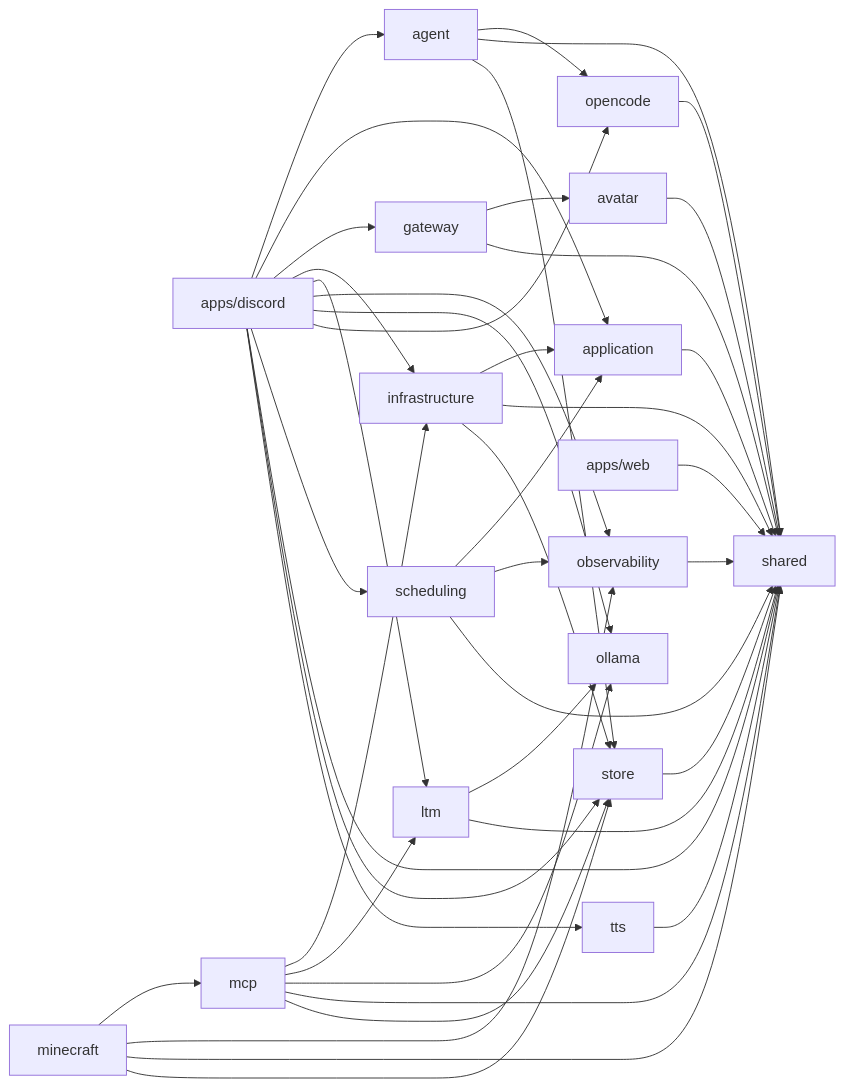
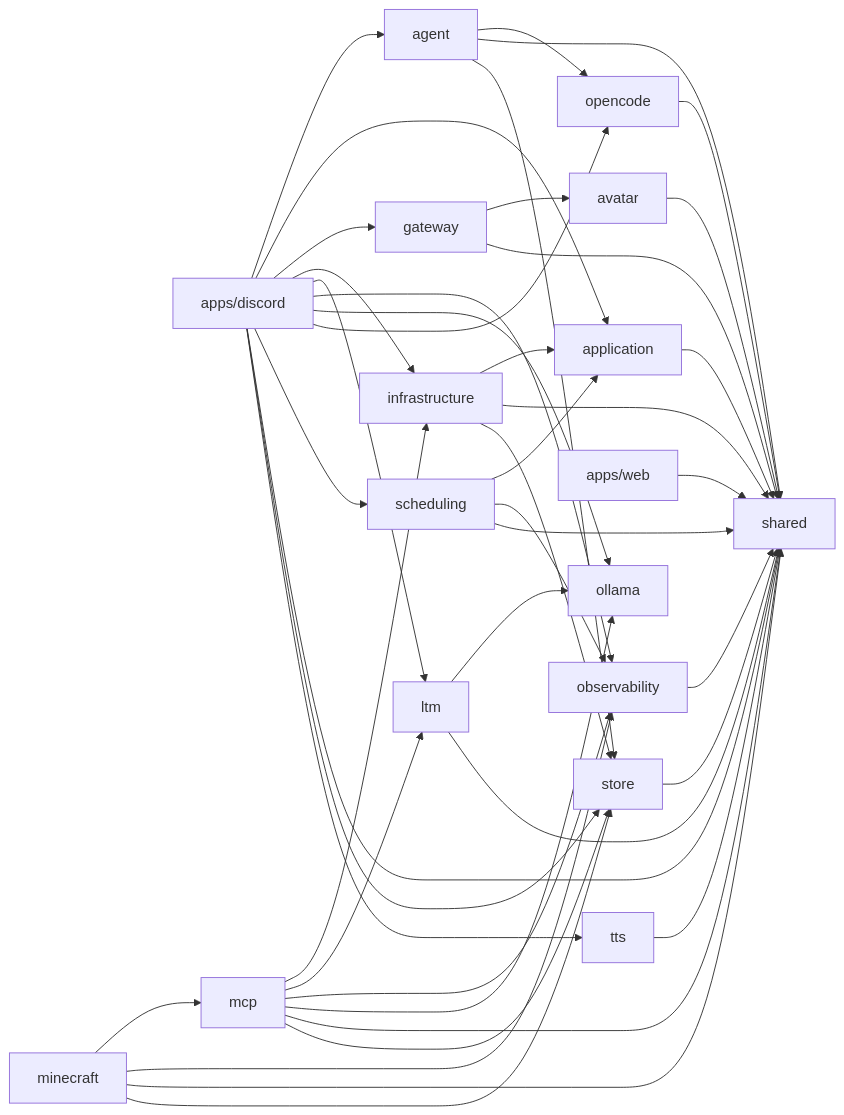
One commit to OJII3/vicissitude changed the diagram in docs/DEPS.md. Above: the diagram before and after it, drawn with Mermaid. The commit also changed other lines of this file and 14 other files, not shown here.

````diff
--- a/docs/DEPS.md
+++ b/docs/DEPS.md
@@ -7,46 +7,47 @@
 ```mermaid
 graph LR
   agent --> opencode
   agent --> shared
   agent --> store
   application --> shared
   apps_discord["apps/discord"] --> agent
   apps_discord["apps/discord"] --> application
   apps_discord["apps/discord"] --> gateway
   apps_discord["apps/discord"] --> infrastructure
   apps_discord["apps/discord"] --> ltm
   apps_discord["apps/discord"] --> observability
   apps_discord["apps/discord"] --> ollama
   apps_discord["apps/discord"] --> opencode
   apps_discord["apps/discord"] --> scheduling
   apps_discord["apps/discord"] --> shared
   apps_discord["apps/discord"] --> store
   apps_discord["apps/discord"] --> tts
   apps_web["apps/web"] --> shared
   avatar --> shared
   gateway --> avatar
   gateway --> shared
   infrastructure --> application
   infrastructure --> shared
   infrastructure --> store
   ltm --> ollama
   ltm --> shared
   mcp --> infrastructure
   mcp --> ltm
+  mcp --> observability
   mcp --> ollama
   mcp --> shared
   mcp --> store
   minecraft --> mcp
   minecraft --> observability
   minecraft --> shared
   minecraft --> store
   observability --> shared
   ollama
   opencode --> shared
   scheduling --> application
   scheduling --> observability
   scheduling --> shared
   shared
   store --> shared
   tts --> shared
 ```
````
